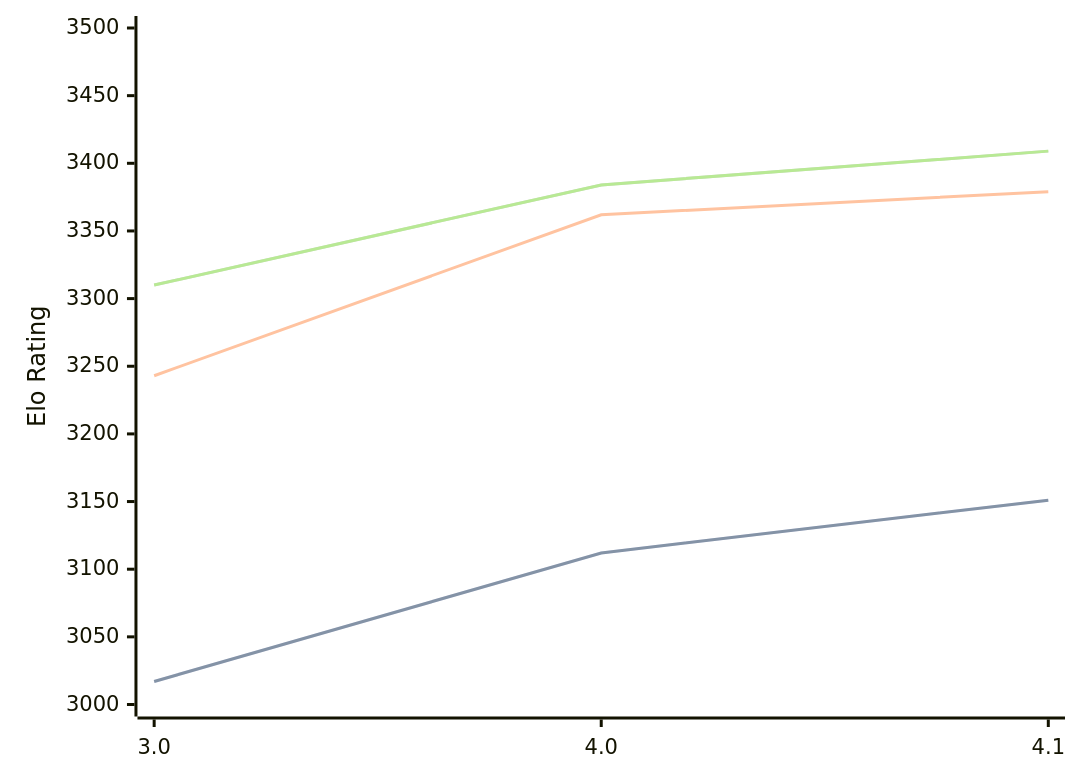
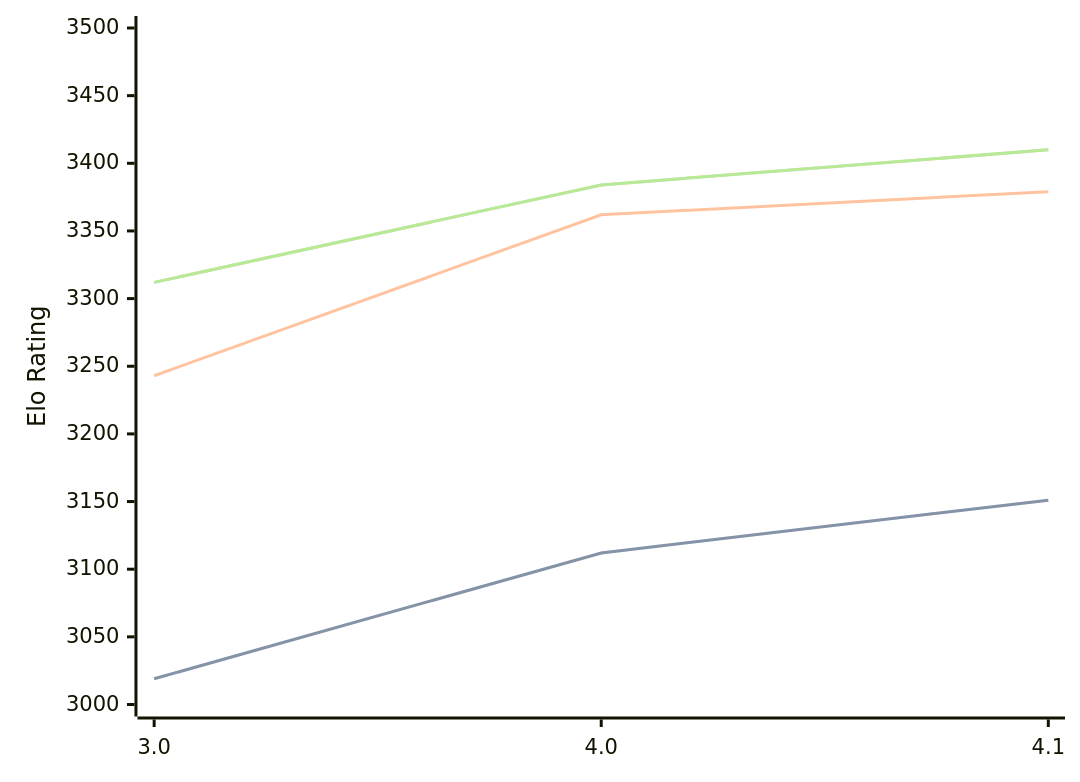
One commit to computer-chess-index/cci changed the first of 3 diagrams in engines/Eleanor.md. Above: the diagram before and after it, drawn with Mermaid. The commit also changed other lines of this file, not shown here.

Commit message:
Update CCI Ratings (ELO VLTC) - 2026-07-11

````diff
--- a/engines/Eleanor.md
+++ b/engines/Eleanor.md
@@ -35,11 +35,11 @@
 ```mermaid
 %%{init: {"theme":"base","themeVariables":{"seriesColors:['#a3a3a3','#222221','#faa371']}}}%%
 xychart-beta
   x-axis ["3.0", "4.0", "4.1"]
   y-axis "Elo Rating" 3000 --> 3500
-  line "STC (8.0+0.08s)" [3017, 3112, 3151]
-  line "STC (8.0+0.08s)" [3017, 3112, 3151]
+  line "STC (8.0+0.08s)" [3019, 3112, 3151]
+  line "STC (8.0+0.08s)" [3019, 3112, 3151]
   line "LTC (60.0+0.60s)" [3243, 3362, 3379]
-  line "VLTC (2m24s+1.12s)" [3310, 3384, 3409]
-  line "VLTC (2m24s+1.12s)" [3310, 3384, 3409]
+  line "VLTC (2m24s+1.12s)" [3312, 3384, 3410]
+  line "VLTC (2m24s+1.12s)" [3312, 3384, 3410]
 ```
````
